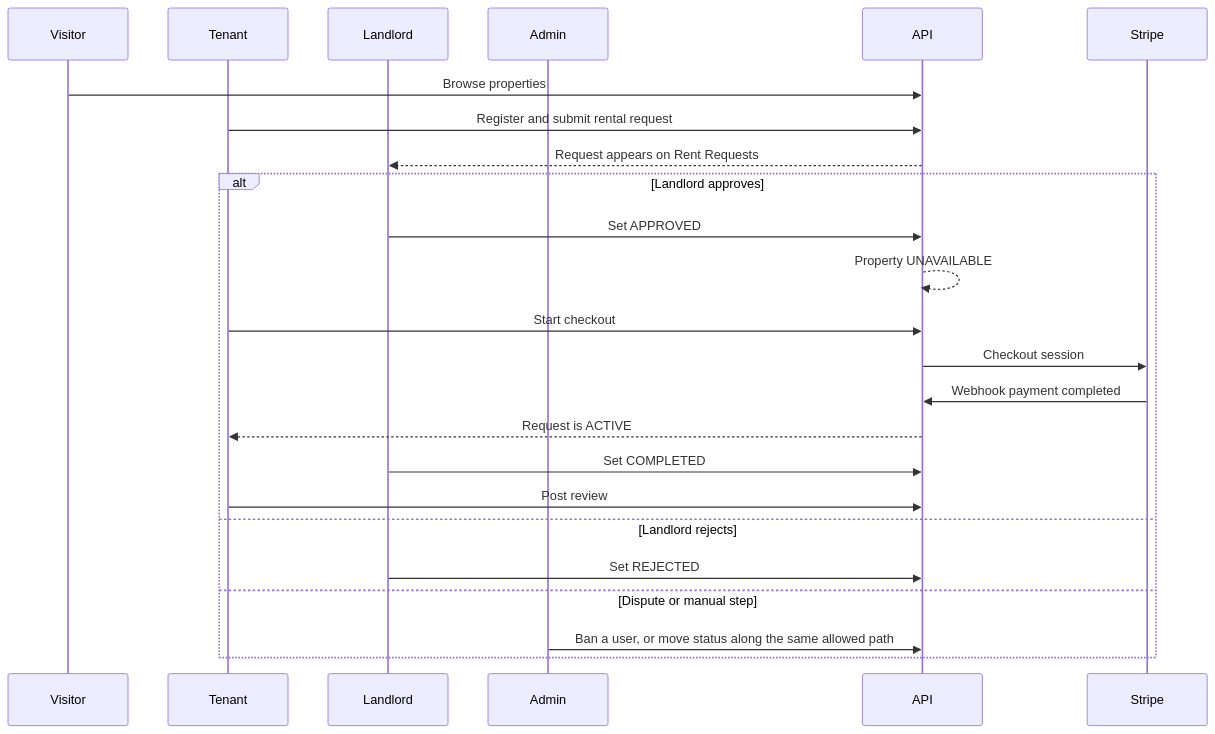
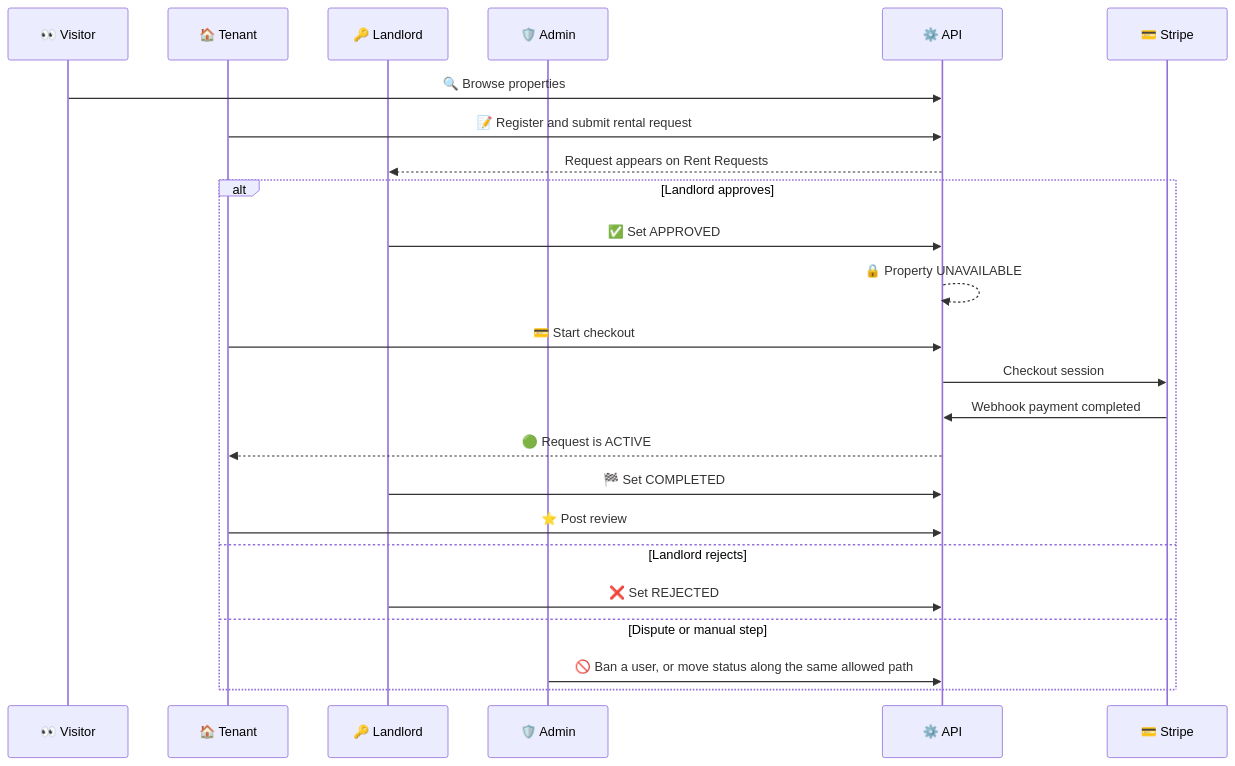
Before and after one commit to kaziashik/rentnest_frontend-: the tenth of 12 diagrams in RentNest-full-workflow.md, drawn with Mermaid. The commit also changed other lines of this file, not shown here.

````diff
--- a/RentNest-full-workflow.md
+++ b/RentNest-full-workflow.md
@@ -275,27 +347,27 @@
 ```mermaid
 sequenceDiagram
-    participant V as Visitor
-    participant T as Tenant
-    participant L as Landlord
-    participant A as Admin
-    participant API as API
-    participant S as Stripe
+    participant V as 👀 Visitor
+    participant T as 🏠 Tenant
+    participant L as 🔑 Landlord
+    participant A as 🛡️ Admin
+    participant API as ⚙️ API
+    participant S as 💳 Stripe
 
-    V->>API: Browse properties
-    T->>API: Register and submit rental request
+    V->>API: 🔍 Browse properties
+    T->>API: 📝 Register and submit rental request
     API-->>L: Request appears on Rent Requests
     alt Landlord approves
-        L->>API: Set APPROVED
-        API-->>API: Property UNAVAILABLE
-        T->>API: Start checkout
+        L->>API: ✅ Set APPROVED
+        API-->>API: 🔒 Property UNAVAILABLE
+        T->>API: 💳 Start checkout
         API->>S: Checkout session
         S->>API: Webhook payment completed
-        API-->>T: Request is ACTIVE
-        L->>API: Set COMPLETED
-        T->>API: Post review
+        API-->>T: 🟢 Request is ACTIVE
+        L->>API: 🏁 Set COMPLETED
+        T->>API: ⭐ Post review
     else Landlord rejects
-        L->>API: Set REJECTED
+        L->>API: ❌ Set REJECTED
     else Dispute or manual step
-        A->>API: Ban a user, or move status along the same allowed path
+        A->>API: 🚫 Ban a user, or move status along the same allowed path
     end
 ```
````
